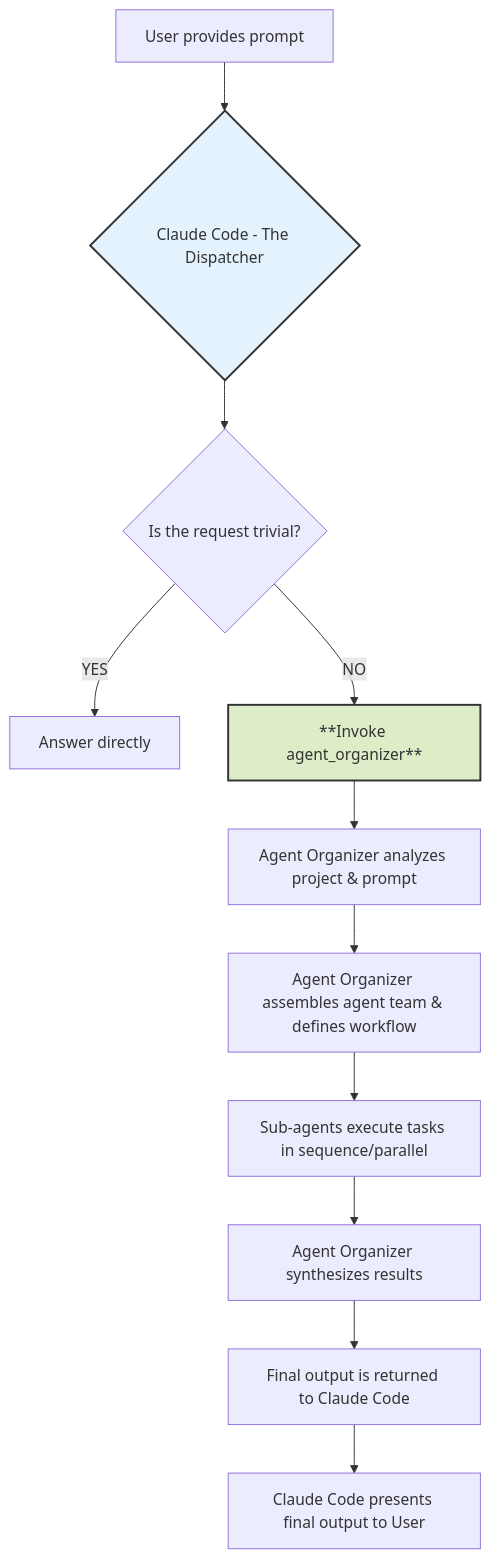
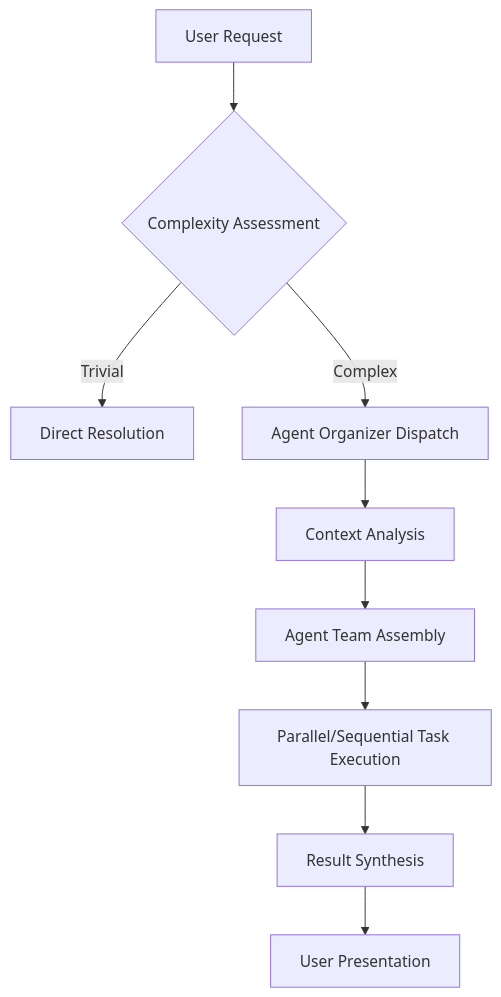
One commit to larry-deee/ai_projects changed the diagram in sf-model-api/CLAUDE.md. Above: the diagram before and after it, drawn with Mermaid. The commit also changed other lines of this file and 6 other files, not shown here.

````diff
--- a/sf-model-api/CLAUDE.md
+++ b/sf-model-api/CLAUDE.md
@@ -224,16 +33,11 @@
 ```mermaid
 graph TD
- A[User provides prompt] --> B{Claude Code - The Dispatcher};
- B --> C{Is the request trivial?};
- C -- YES --> E[Answer directly];
- C -- NO --> D[**Invoke agent_organizer**];
- D --> F[Agent Organizer analyzes project & prompt];
- F --> G[Agent Organizer assembles agent team & defines workflow];
- G --> H[Sub-agents execute tasks in sequence/parallel];
- H --> I[Agent Organizer synthesizes results];
- I --> J[Final output is returned to Claude Code];
- J --> K[Claude Code presents final output to User];
-
- style B fill:#e3f2fd,stroke:#333,stroke-width:2px
- style D fill:#dcedc8,stroke:#333,stroke-width:2px
+    A[User Request] --> B{Complexity Assessment}
+    B --> |Trivial| C[Direct Resolution]
+    B --> |Complex| D[Agent Organizer Dispatch]
+    D --> E[Context Analysis]
+    E --> F[Agent Team Assembly]
+    F --> G[Parallel/Sequential Task Execution]
+    G --> H[Result Synthesis]
+    H --> I[User Presentation]
 ```
````
